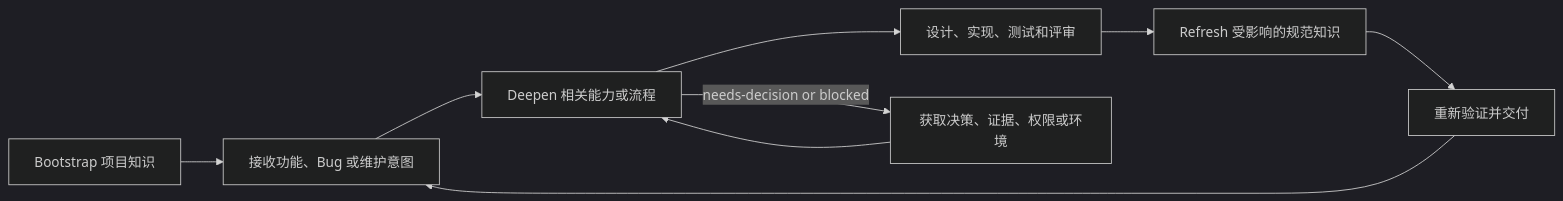
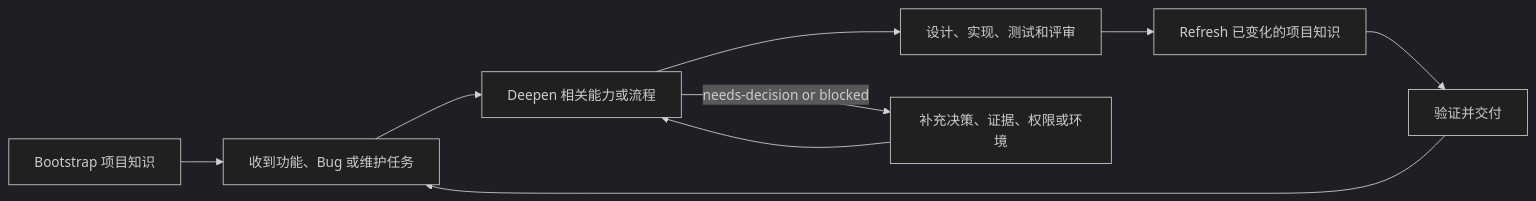
Before and after one commit to sparkg/maintaining-codebase-knowledge-skill: the diagram in README_zh.md, drawn with Mermaid (dark theme). The commit also changed other lines of this file and 27 other files, not shown here.

````diff
--- a/README_zh.md
+++ b/README_zh.md
@@ -115,11 +103,11 @@
 ```mermaid
 flowchart LR
-    A[Bootstrap 项目知识] --> B[接收功能、Bug 或维护意图]
+    A[Bootstrap 项目知识] --> B[收到功能、Bug 或维护任务]
     B --> C[Deepen 相关能力或流程]
     C --> D[设计、实现、测试和评审]
-    D --> E[Refresh 受影响的规范知识]
-    E --> F[重新验证并交付]
+    D --> E[Refresh 已变化的项目知识]
+    E --> F[验证并交付]
     F --> B
-    C -->|needs-decision or blocked| G[获取决策、证据、权限或环境]
+    C -->|needs-decision or blocked| G[补充决策、证据、权限或环境]
     G --> C
 ```
````
